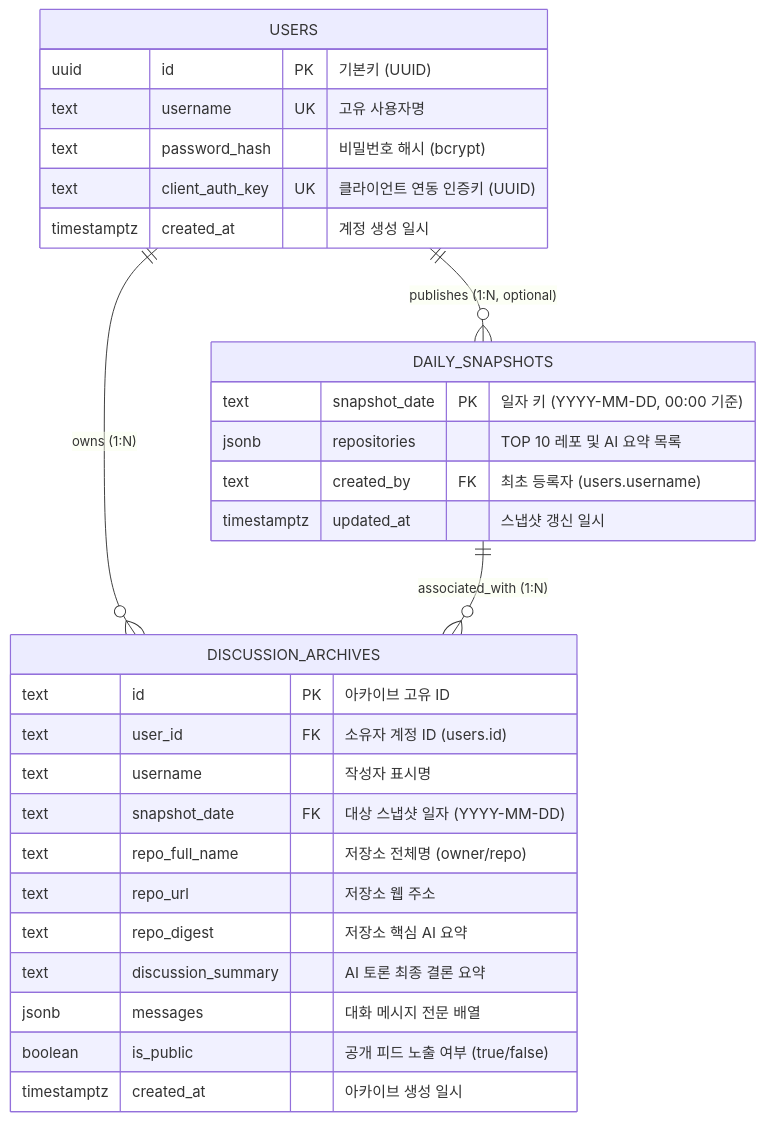
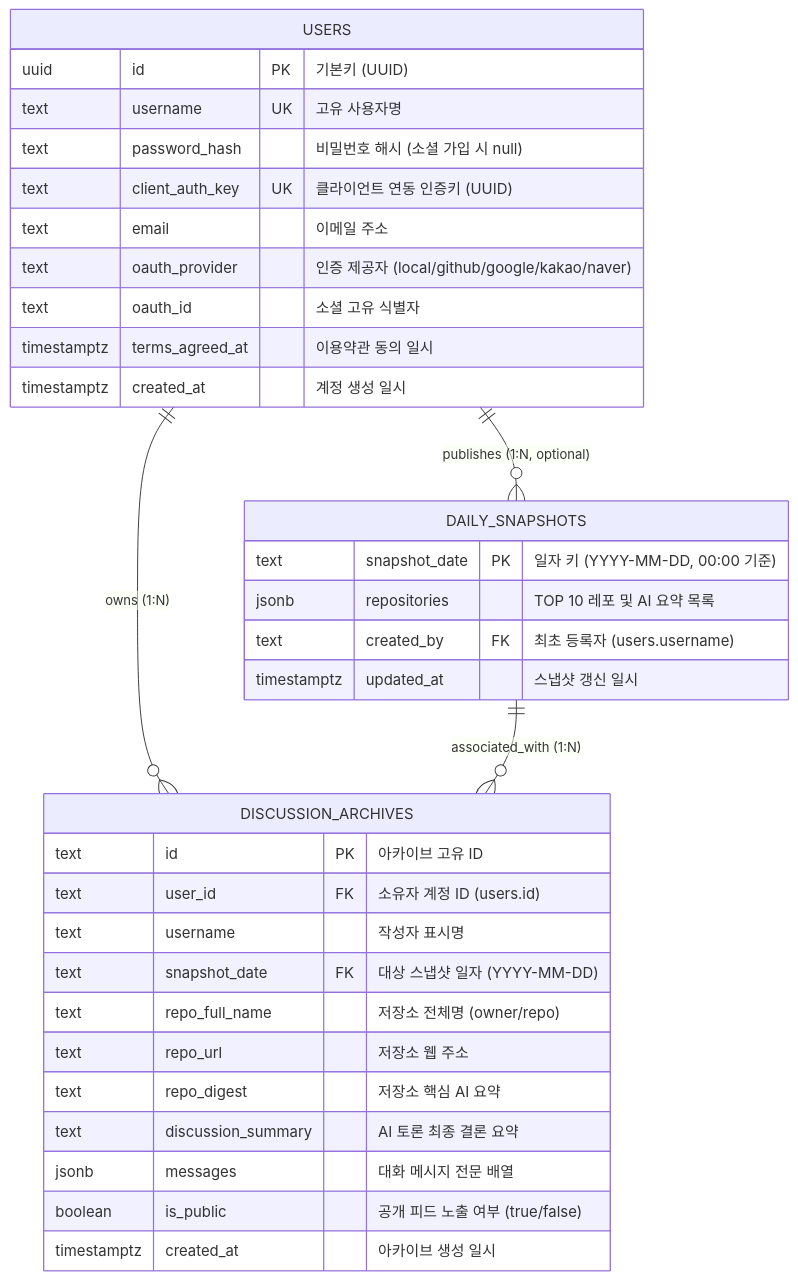
Before and after one commit to timonPark/github-trend-agent: the second of 4 diagrams in README.md, drawn with Mermaid. The commit also changed other lines of this file and 6 other files, not shown here.

````diff
--- a/README.md
+++ b/README.md
@@ -81,35 +81,39 @@
 ```mermaid
 erDiagram
     USERS ||--o{ DISCUSSION_ARCHIVES : "owns (1:N)"
     USERS ||--o{ DAILY_SNAPSHOTS : "publishes (1:N, optional)"
     DAILY_SNAPSHOTS ||--o{ DISCUSSION_ARCHIVES : "associated_with (1:N)"
 
     USERS {
         uuid id PK "기본키 (UUID)"
         text username UK "고유 사용자명"
-        text password_hash "비밀번호 해시 (bcrypt)"
+        text password_hash "비밀번호 해시 (소셜 가입 시 null)"
         text client_auth_key UK "클라이언트 연동 인증키 (UUID)"
+        text email "이메일 주소"
+        text oauth_provider "인증 제공자 (local/github/google/kakao/naver)"
+        text oauth_id "소셜 고유 식별자"
+        timestamptz terms_agreed_at "이용약관 동의 일시"
         timestamptz created_at "계정 생성 일시"
     }
 
     DAILY_SNAPSHOTS {
         text snapshot_date PK "일자 키 (YYYY-MM-DD, 00:00 기준)"
         jsonb repositories "TOP 10 레포 및 AI 요약 목록"
         text created_by FK "최초 등록자 (users.username)"
         timestamptz updated_at "스냅샷 갱신 일시"
     }
 
     DISCUSSION_ARCHIVES {
         text id PK "아카이브 고유 ID"
         text user_id FK "소유자 계정 ID (users.id)"
         text username "작성자 표시명"
         text snapshot_date FK "대상 스냅샷 일자 (YYYY-MM-DD)"
         text repo_full_name "저장소 전체명 (owner/repo)"
         text repo_url "저장소 웹 주소"
         text repo_digest "저장소 핵심 AI 요약"
         text discussion_summary "AI 토론 최종 결론 요약"
         jsonb messages "대화 메시지 전문 배열"
         boolean is_public "공개 피드 노출 여부 (true/false)"
         timestamptz created_at "아카이브 생성 일시"
     }
 ```
````
